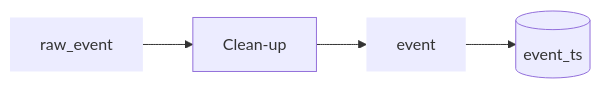
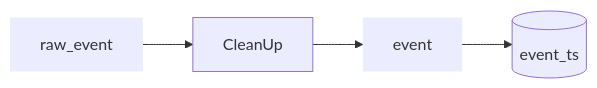
One commit to djvanderlaan/pipeline changed the first of 14 diagrams in README.md. Above: the diagram before and after it, drawn with Mermaid. The commit also changed other lines of this file, not shown here.

````diff
--- a/README.md
+++ b/README.md
@@ -9,6 +9,6 @@
 ```mermaid
 flowchart LR
-  raw_event:::data --> Clean-up --> event:::data --> event_ts[(event_ts)]
+  raw_event:::data --> CleanUp --> event:::data --> event_ts[(event_ts)]
 
 classDef data stroke-width:0px
 ```
````
